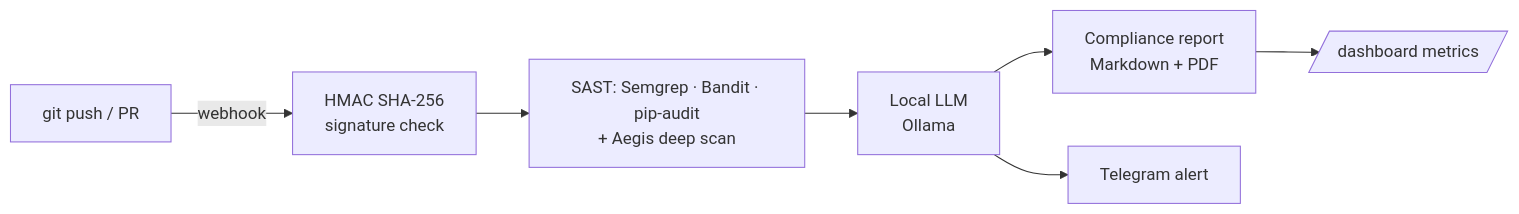
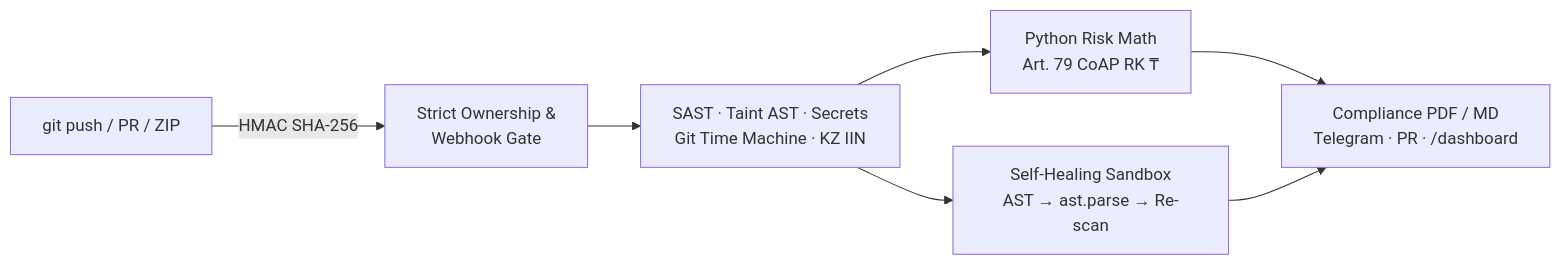
Before and after one commit to madiyarmoldakhmet-ai/cybersecyritybot: the diagram in README.md, drawn with Mermaid. The commit also changed other lines of this file and 38 other files, not shown here.

Commit message:
feat: integrate Self-Healing, Git Time Machine, CoAP RK risk/ROI, FP appeals, AST validation, and monolith ops

````diff
--- a/README.md
+++ b/README.md
@@ -7,9 +16,9 @@
 ```mermaid
 flowchart LR
-    A[git push / PR] -->|webhook| B[HMAC SHA-256<br/>signature check]
-    B --> C[SAST: Semgrep · Bandit · pip-audit<br/>+ Aegis deep scan]
-    C --> D[Local LLM<br/>Ollama]
-    D --> E[Compliance report<br/>Markdown + PDF]
-    D --> F[Telegram alert]
-    E --> G[/dashboard metrics/]
+    A[git push / PR / ZIP] -->|HMAC SHA-256| B[Strict Ownership &<br/>Webhook Gate]
+    B --> C[SAST · Taint AST · Secrets<br/>Git Time Machine · KZ IIN]
+    C --> D[Python Risk Math<br/>Art. 79 CoAP RK ₸]
+    C --> E[Self-Healing Sandbox<br/>AST → ast.parse → Re-scan]
+    D --> F[Compliance PDF / MD<br/>Telegram · PR · /dashboard]
+    E --> F
 ```
````
